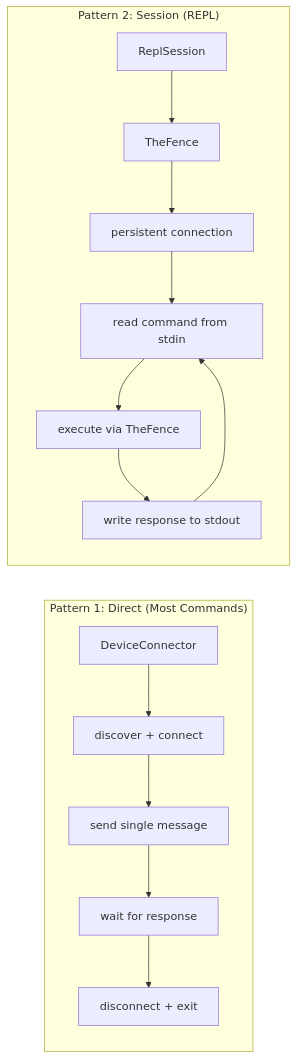
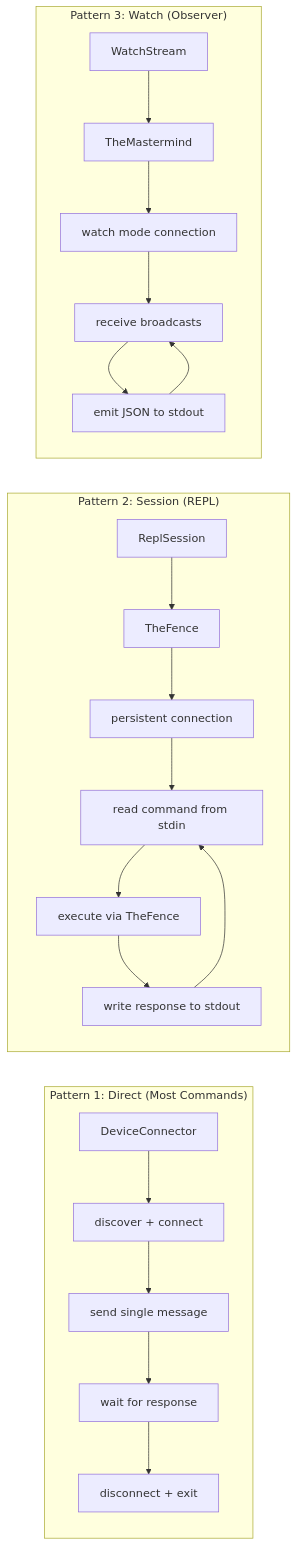
The second of 3 diagrams in docs/dossiers/11-CLI.md (RoyalPineapple/TheButtonHeist), drawn with Mermaid before and after one commit. The commit also changed other lines of this file and 26 other files, not shown here.

First line of the commit message:
Fix security and design issues in watch/observer mode and envelope correlation

````diff
--- a/docs/dossiers/11-CLI.md
+++ b/docs/dossiers/11-CLI.md
@@ -66,18 +70,26 @@
 ```mermaid
 flowchart LR
     subgraph Pattern1["Pattern 1: Direct (Most Commands)"]
         D1["DeviceConnector"] --> D2["discover + connect"]
         D2 --> D3["send single message"]
         D3 --> D4["wait for response"]
         D4 --> D5["disconnect + exit"]
     end
 
     subgraph Pattern2["Pattern 2: Session (REPL)"]
         S1["ReplSession"] --> S2["TheFence"]
         S2 --> S3["persistent connection"]
         S3 --> S4["read command from stdin"]
         S4 --> S5["execute via TheFence"]
         S5 --> S6["write response to stdout"]
         S6 --> S4
     end
+
+    subgraph Pattern3["Pattern 3: Watch (Observer)"]
+        W1["WatchStream"] --> W2["TheMastermind"]
+        W2 --> W3["watch mode connection"]
+        W3 --> W4["receive broadcasts"]
+        W4 --> W5["emit JSON to stdout"]
+        W5 --> W4
+    end
 ```
````
